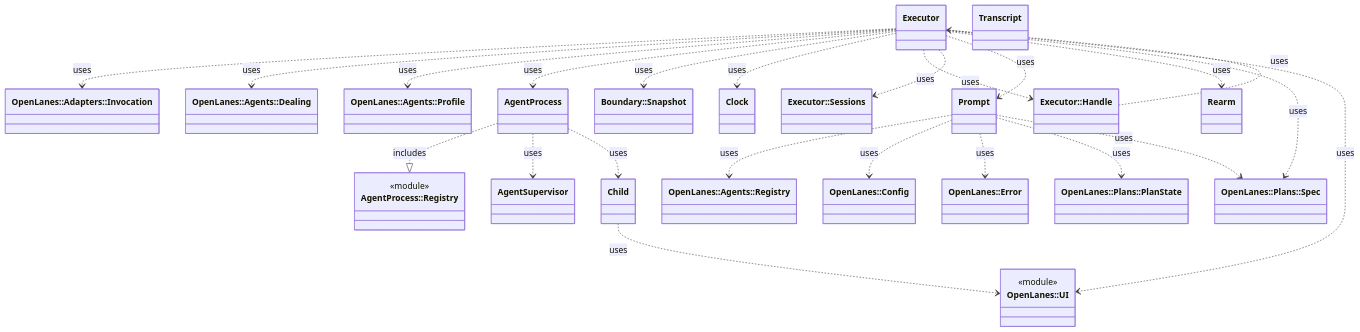
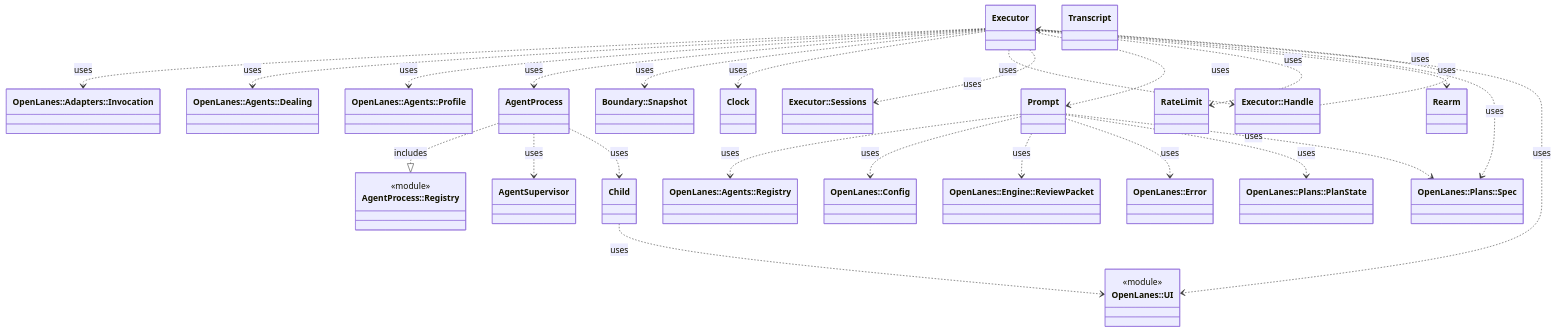
One commit to kigster/openlanes changed the diagram in docs/architecture/openlanes-execution.md. Above: the diagram before and after it, drawn with Mermaid. The commit also changed 47 other files, not shown here.

````diff
--- a/docs/architecture/openlanes-execution.md
+++ b/docs/architecture/openlanes-execution.md
@@ -5,48 +5,52 @@
 ```mermaid
 classDiagram
   class OpenLanes__Adapters__Invocation["OpenLanes::Adapters::Invocation"]
   class OpenLanes__Agents__Dealing["OpenLanes::Agents::Dealing"]
   class OpenLanes__Agents__Profile["OpenLanes::Agents::Profile"]
   class OpenLanes__Agents__Registry["OpenLanes::Agents::Registry"]
   class OpenLanes__Config["OpenLanes::Config"]
+  class OpenLanes__Engine__ReviewPacket["OpenLanes::Engine::ReviewPacket"]
   class OpenLanes__Error["OpenLanes::Error"]
   class OpenLanes__Execution__AgentProcess["AgentProcess"]
   class OpenLanes__Execution__AgentProcess__Registry["AgentProcess::Registry"]
   <<module>> OpenLanes__Execution__AgentProcess__Registry
   class OpenLanes__Execution__AgentSupervisor["AgentSupervisor"]
   class OpenLanes__Execution__Boundary__Snapshot["Boundary::Snapshot"]
   class OpenLanes__Execution__Child["Child"]
   class OpenLanes__Execution__Clock["Clock"]
   class OpenLanes__Execution__Executor["Executor"]
   class OpenLanes__Execution__Executor__Handle["Executor::Handle"]
   class OpenLanes__Execution__Executor__Sessions["Executor::Sessions"]
   class OpenLanes__Execution__Prompt["Prompt"]
+  class OpenLanes__Execution__RateLimit["RateLimit"]
   class OpenLanes__Execution__Rearm["Rearm"]
   class OpenLanes__Execution__Transcript["Transcript"]
   class OpenLanes__Plans__PlanState["OpenLanes::Plans::PlanState"]
   class OpenLanes__Plans__Spec["OpenLanes::Plans::Spec"]
   class OpenLanes__UI["OpenLanes::UI"]
   <<module>> OpenLanes__UI
   OpenLanes__Execution__AgentProcess ..|> OpenLanes__Execution__AgentProcess__Registry : includes
   OpenLanes__Execution__AgentProcess ..> OpenLanes__Execution__AgentSupervisor : uses
   OpenLanes__Execution__AgentProcess ..> OpenLanes__Execution__Child : uses
   OpenLanes__Execution__Child ..> OpenLanes__UI : uses
   OpenLanes__Execution__Executor ..> OpenLanes__Adapters__Invocation : uses
   OpenLanes__Execution__Executor ..> OpenLanes__Agents__Dealing : uses
   OpenLanes__Execution__Executor ..> OpenLanes__Agents__Profile : uses
   OpenLanes__Execution__Executor ..> OpenLanes__Execution__AgentProcess : uses
   OpenLanes__Execution__Executor ..> OpenLanes__Execution__Boundary__Snapshot : uses
   OpenLanes__Execution__Executor ..> OpenLanes__Execution__Clock : uses
   OpenLanes__Execution__Executor ..> OpenLanes__Execution__Executor__Handle : uses
   OpenLanes__Execution__Executor ..> OpenLanes__Execution__Executor__Sessions : uses
   OpenLanes__Execution__Executor ..> OpenLanes__Execution__Prompt : uses
+  OpenLanes__Execution__Executor ..> OpenLanes__Execution__RateLimit : uses
   OpenLanes__Execution__Executor ..> OpenLanes__Execution__Rearm : uses
   OpenLanes__Execution__Executor ..> OpenLanes__Plans__Spec : uses
   OpenLanes__Execution__Executor ..> OpenLanes__UI : uses
   OpenLanes__Execution__Executor__Handle ..> OpenLanes__Execution__Executor : uses
   OpenLanes__Execution__Prompt ..> OpenLanes__Agents__Registry : uses
   OpenLanes__Execution__Prompt ..> OpenLanes__Config : uses
+  OpenLanes__Execution__Prompt ..> OpenLanes__Engine__ReviewPacket : uses
   OpenLanes__Execution__Prompt ..> OpenLanes__Error : uses
   OpenLanes__Execution__Prompt ..> OpenLanes__Plans__PlanState : uses
   OpenLanes__Execution__Prompt ..> OpenLanes__Plans__Spec : uses
 ```
````
